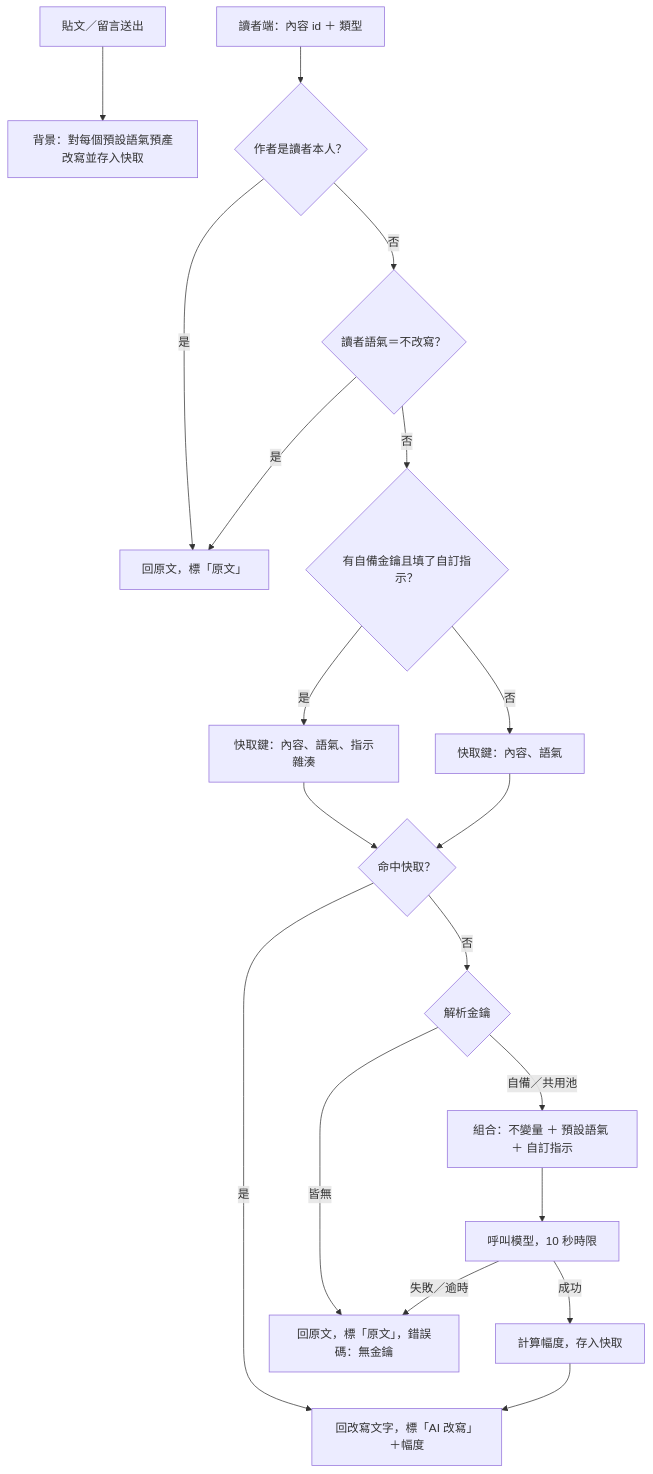
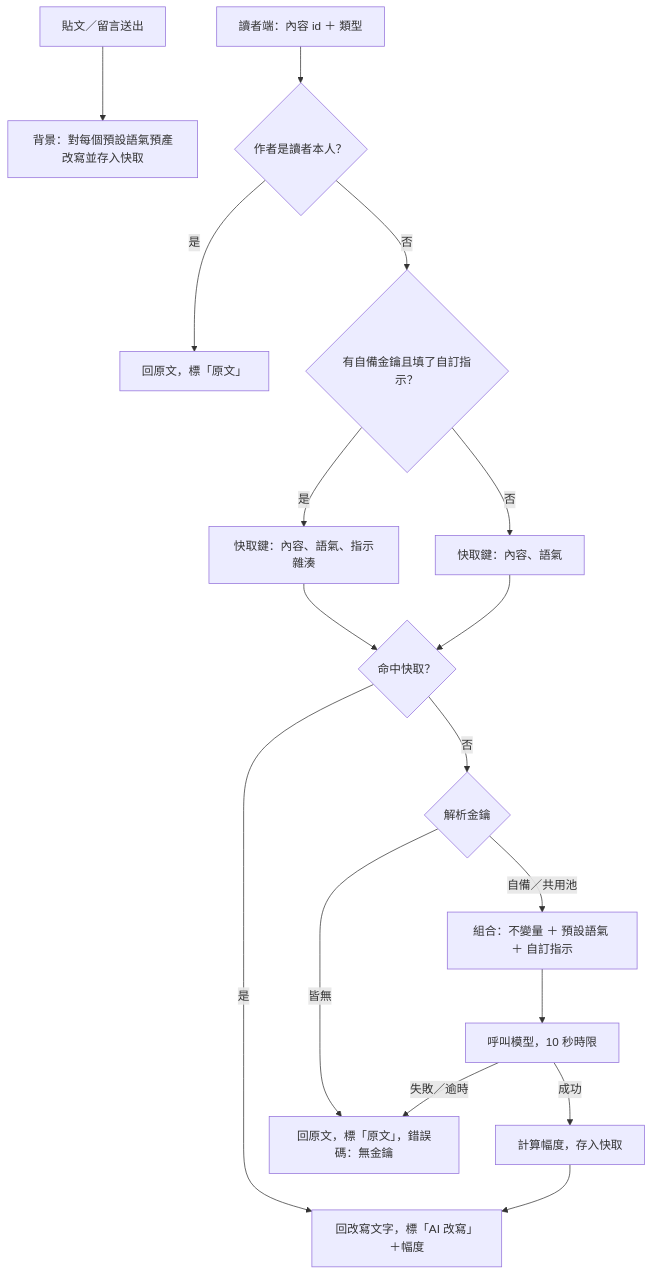
Before and after one commit to yeeway0609/ai-social: the diagram in backlog/docs/ai-social/doc-002 - 語氣改寫引擎-PRD.md, drawn with Mermaid. The commit also changed other lines of this file and 4 other files, not shown here.

````diff
--- a/backlog/docs/ai-social/doc-002 - 語氣改寫引擎-PRD.md
+++ b/backlog/docs/ai-social/doc-002 - 語氣改寫引擎-PRD.md
@@ -82,20 +82,18 @@
 ```mermaid
 flowchart TD
   W[貼文／留言送出] --> P[背景：對每個預設語氣預產改寫並存入快取]
   A[讀者端：內容 id ＋ 類型] --> B{作者是讀者本人？}
   B -- 是 --> Z[回原文，標「原文」]
-  B -- 否 --> C{讀者語氣＝不改寫？}
-  C -- 是 --> Z
-  C -- 否 --> D{有自備金鑰且填了自訂指示？}
+  B -- 否 --> D{有自備金鑰且填了自訂指示？}
   D -- 是 --> E[快取鍵：內容、語氣、指示雜湊]
   D -- 否 --> F[快取鍵：內容、語氣]
   E --> G{命中快取？}
   F --> G
   G -- 是 --> H[回改寫文字，標「AI 改寫」＋幅度]
   G -- 否 --> I{解析金鑰}
   I -- 皆無 --> Y[回原文，標「原文」，錯誤碼：無金鑰]
   I -- 自備／共用池 --> J[組合：不變量 ＋ 預設語氣 ＋ 自訂指示]
   J --> K[呼叫模型，10 秒時限]
   K -- 失敗／逾時 --> Y
   K -- 成功 --> L[計算幅度，存入快取] --> H
 ```
````
